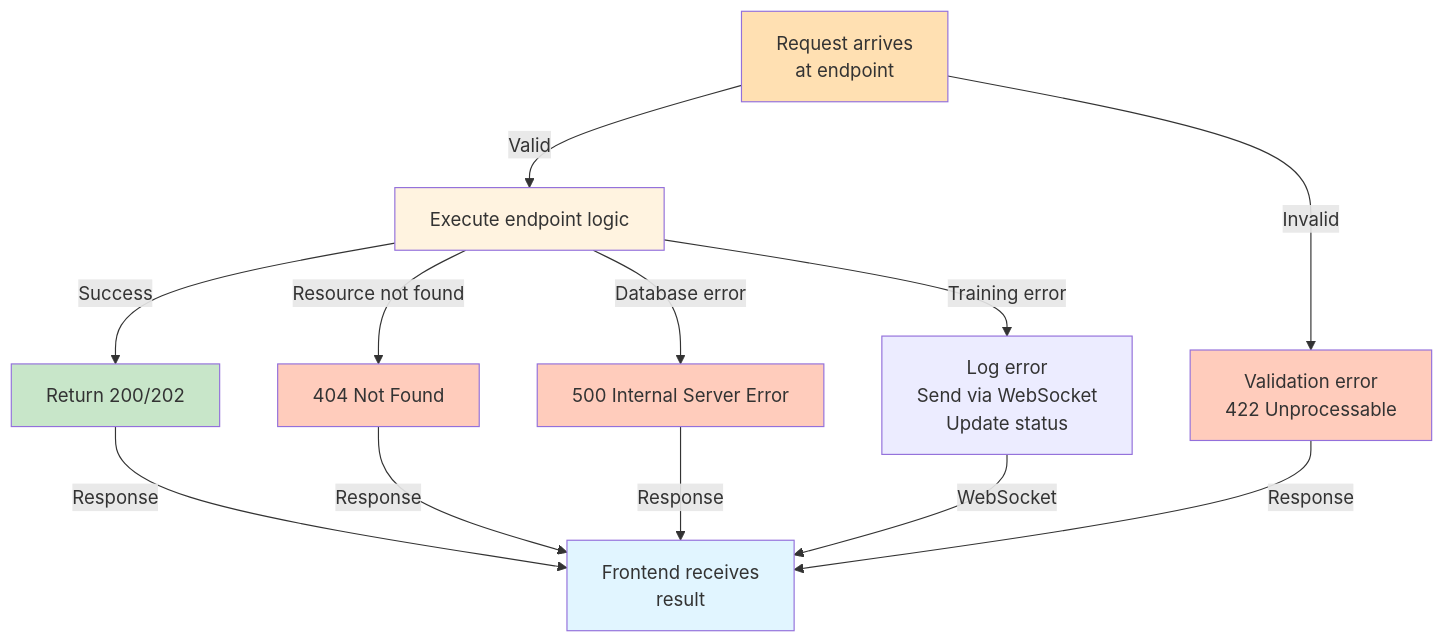
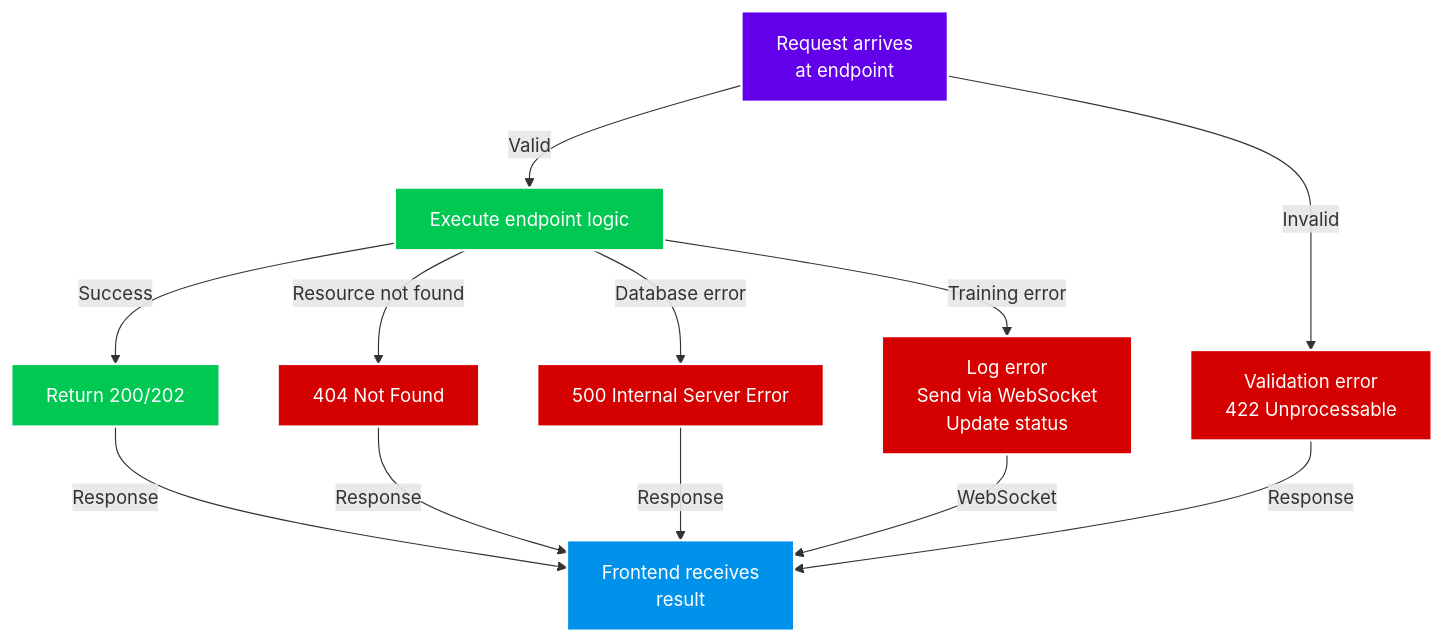
One commit to h19overflow/federated_learning changed the sixth of 6 diagrams in federated_pneumonia_detection/src/api/README.md. Above: the diagram before and after it, drawn with Mermaid. The commit also changed other lines of this file and 10 other files, not shown here.

````diff
--- a/federated_pneumonia_detection/src/api/README.md
+++ b/federated_pneumonia_detection/src/api/README.md
@@ -482,24 +428,27 @@
 ```mermaid
 graph TD
     A["Request arrives<br/>at endpoint"] -->|Valid| B["Execute endpoint logic"]
     A -->|Invalid| C["Validation error<br/>422 Unprocessable"]
 
     B -->|Success| D["Return 200/202"]
     B -->|Resource not found| E["404 Not Found"]
     B -->|Database error| F["500 Internal Server Error"]
     B -->|Training error| G["Log error<br/>Send via WebSocket<br/>Update status"]
 
     D -->|Response| H["Frontend receives<br/>result"]
     C -->|Response| H
     E -->|Response| H
     F -->|Response| H
     G -->|WebSocket| H
 
-    style A fill:#ffe0b2
-    style B fill:#fff3e0
-    style D fill:#c8e6c9
-    style C fill:#ffccbc
-    style E fill:#ffccbc
-    style F fill:#ffccbc
-    style H fill:#e1f5ff
+    %% Styling
+    classDef start fill:#6200EA,stroke:#fff,stroke-width:2px,color:#fff;
+    classDef success fill:#00C853,stroke:#fff,stroke-width:2px,color:#fff;
+    classDef error fill:#D50000,stroke:#fff,stroke-width:2px,color:#fff;
+    classDef endpt fill:#0091EA,stroke:#fff,stroke-width:2px,color:#fff;
+
+    class A start;
+    class B,D success;
+    class C,E,F,G error;
+    class H endpt;
 ```
````
